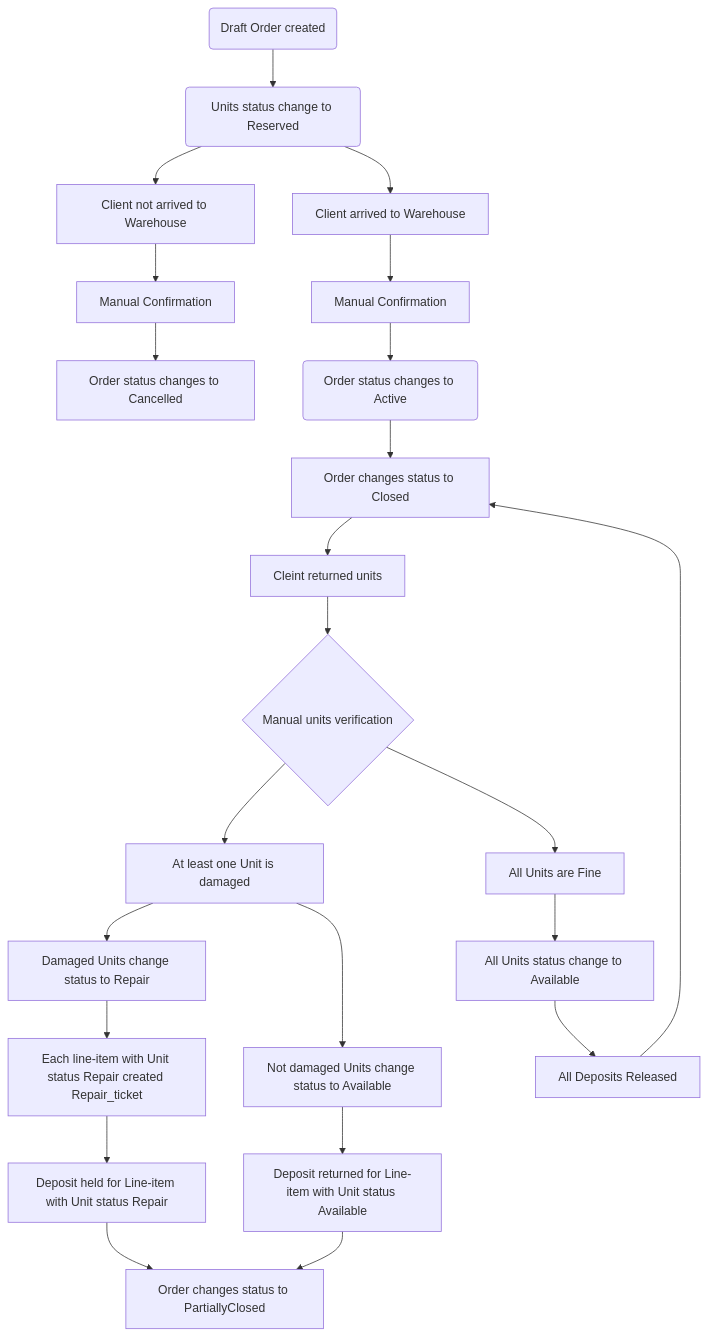
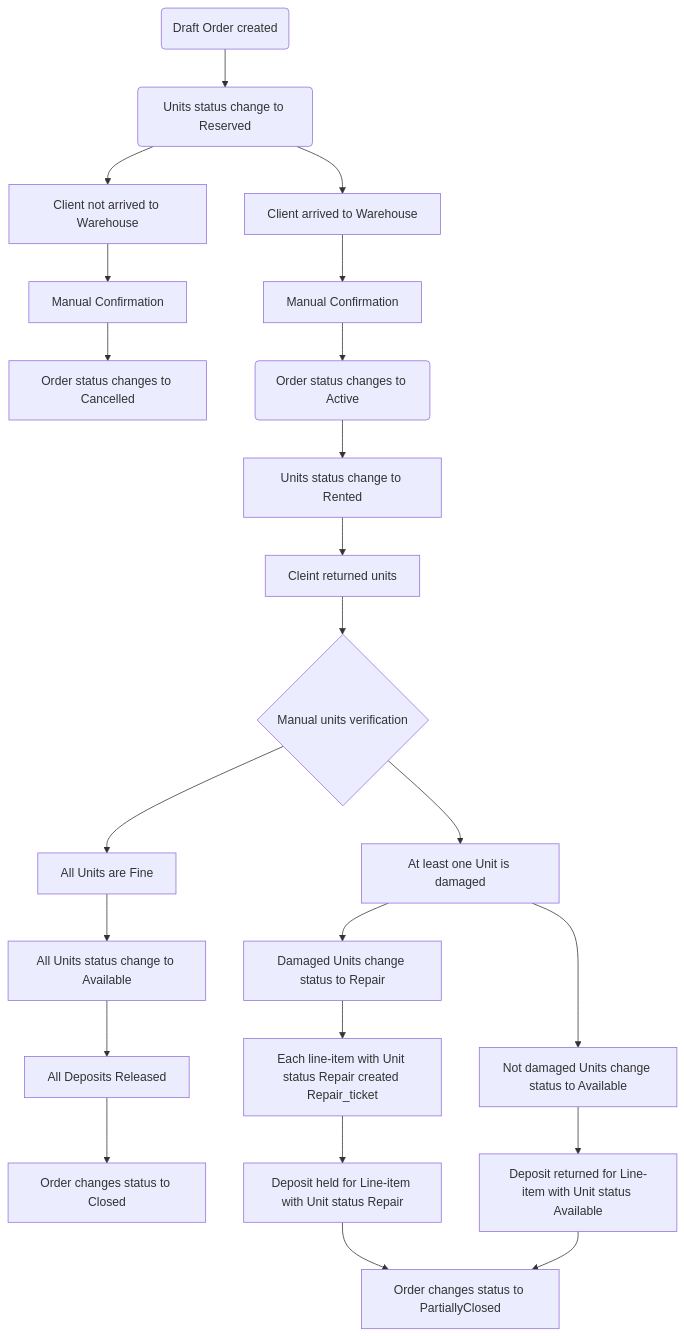
The diagram in Flowchart.md (Diamko94/rentals1), drawn with Mermaid before and after one commit.

````diff
--- a/Flowchart.md
+++ b/Flowchart.md
@@ -1,33 +1,33 @@
 ```mermaid
 flowchart TD
 
     %% Бронироваие
     A(Draft Order created) --> B(Units status change to Reserved)
 
     %% Выдача
     B --> G[Client arrived to Warehouse]
     G --> I[Manual Confirmation]
     B --> D[Client not arrived to Warehouse]
     D --> E[Manual Confirmation]
     E --> F[Order status changes to Cancelled]
     I --> J(Order status changes to Active)
 
     %% Возврат
     J --> X[Units status change to Rented]
     X --> K[Cleint returned units]
     K --> L{Manual units verification}
     L --> M[All Units are Fine] 
     M --> N[All Units status change to Available]
     L --> O[At least one Unit is damaged]
     O --> P[Damaged Units change status to Repair]
     P --> R[Each line-item with Unit status Repair created Repair_ticket]
     O --> T[Not damaged Units change status to Available]
 
     %% Расчет
     N --> Q[All Deposits Released]
-    Q --> X[Order changes status to Closed]
+    Q --> V[Order changes status to Closed]
     R --> S[Deposit held for Line-item with Unit status Repair]
     T --> U[Deposit returned for Line-item with Unit status Available]
     S --> W[Order changes status to PartiallyClosed]
     U --> W[Order changes status to PartiallyClosed]
 ```
````
